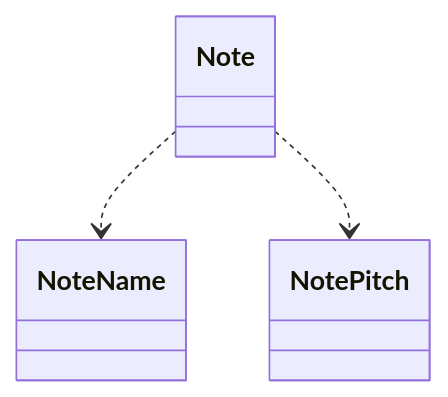
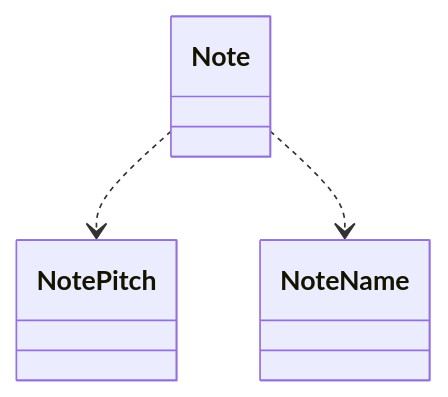
One commit to schnock-art/project_inspector changed diagram 17 of 35 in test.md. Above: the diagram before and after it, drawn with Mermaid. The commit also changed other lines of this file and 2 other files, not shown here.

Commit message:
Working mermaid!

````diff
--- a/test.md
+++ b/test.md
@@ -422,5 +408,5 @@
 ```mermaid
 classDiagram
+Note ..> NotePitch
 Note ..> NoteName
-Note ..> NotePitch
 ```
````
